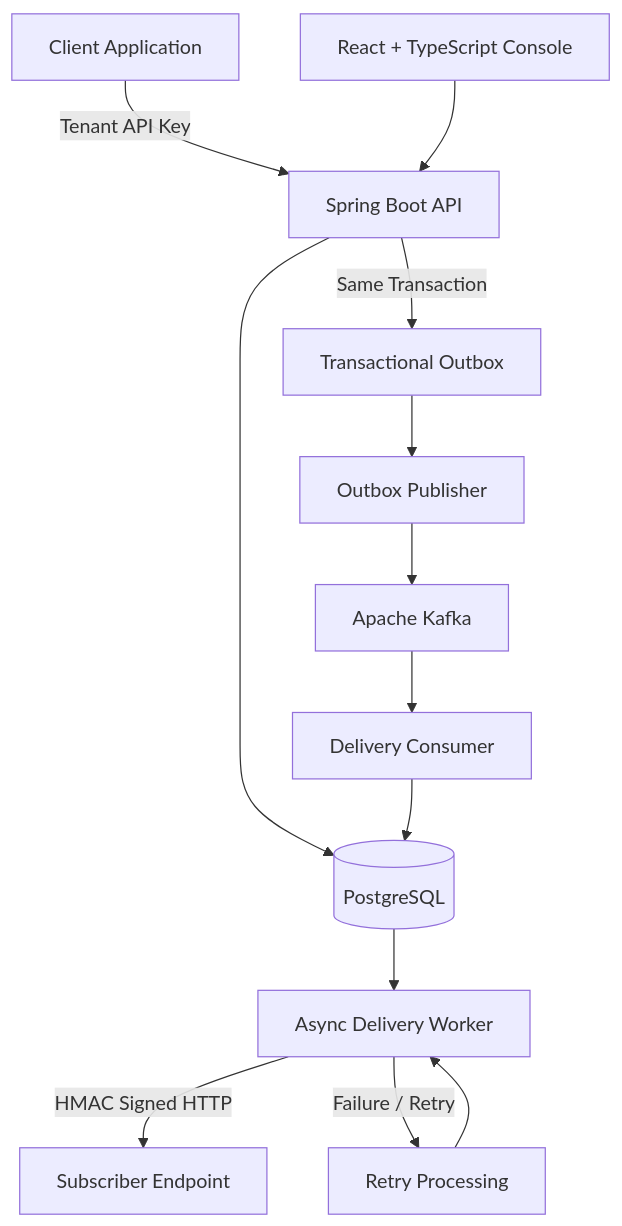
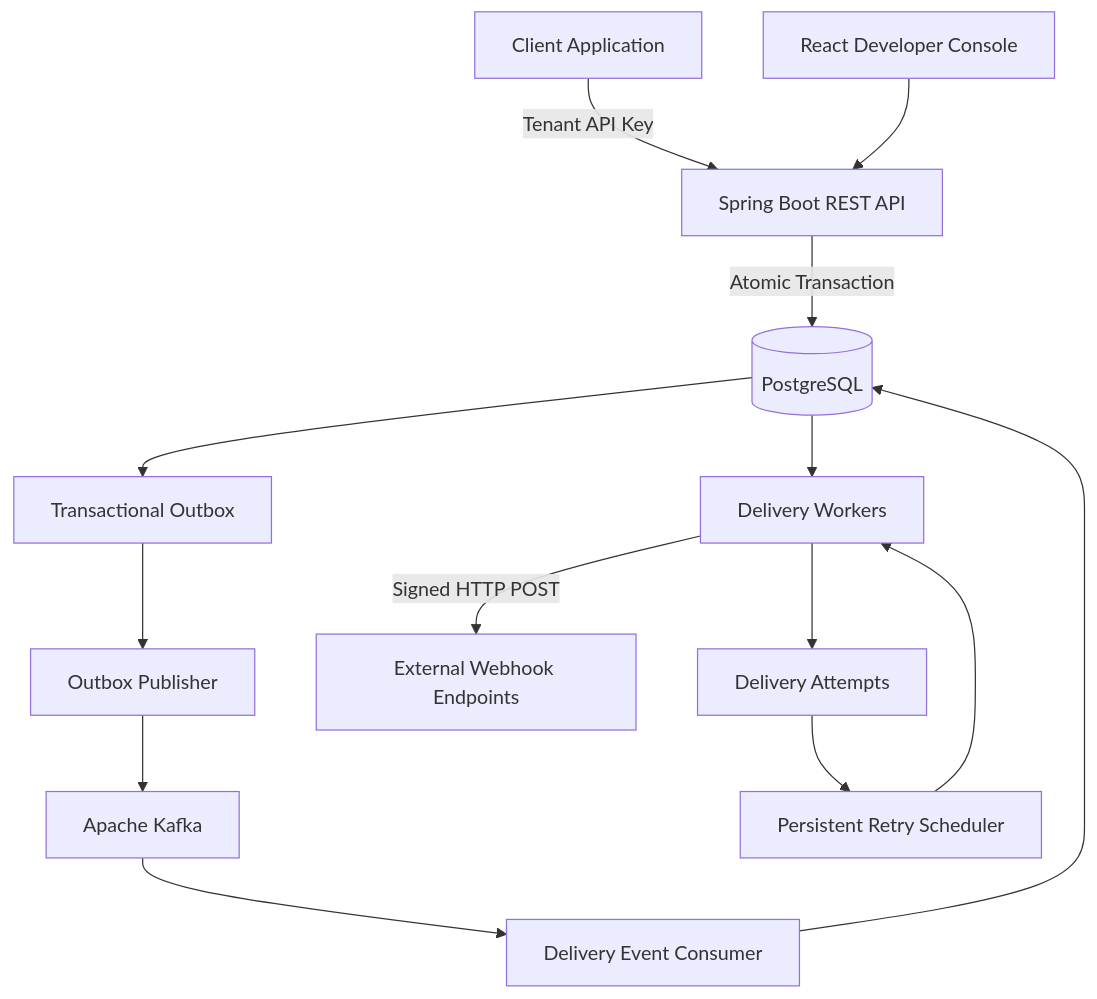
One commit to nisatsama/HookForge changed the diagram in README.md. Above: the diagram before and after it, drawn with Mermaid. The commit also changed other lines of this file, not shown here.

````diff
--- a/README.md
+++ b/README.md
@@ -24,15 +19,16 @@
 ```mermaid
 flowchart TD
-    A[Client Application] -->|Tenant API Key| B[Spring Boot API]
-    B --> C[(PostgreSQL)]
-    B -->|Same Transaction| D[Transactional Outbox]
+    A[Client Application] -->|Tenant API Key| B[Spring Boot REST API]
+    B -->|Atomic Transaction| C[(PostgreSQL)]
+    C --> D[Transactional Outbox]
     D --> E[Outbox Publisher]
     E --> F[Apache Kafka]
-    F --> G[Delivery Consumer]
+    F --> G[Delivery Event Consumer]
     G --> C
-    C --> H[Async Delivery Worker]
-    H -->|HMAC Signed HTTP| I[Subscriber Endpoint]
-    H -->|Failure / Retry| J[Retry Processing]
-    J --> H
-    K[React + TypeScript Console] --> B
+    C --> H[Delivery Workers]
+    H -->|Signed HTTP POST| I[External Webhook Endpoints]
+    H --> J[Delivery Attempts]
+    J --> K[Persistent Retry Scheduler]
+    K --> H
+    L[React Developer Console] --> B
 ```
````
